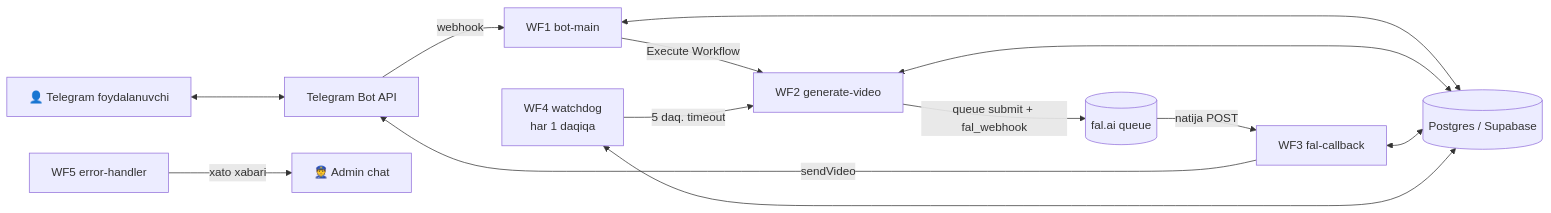
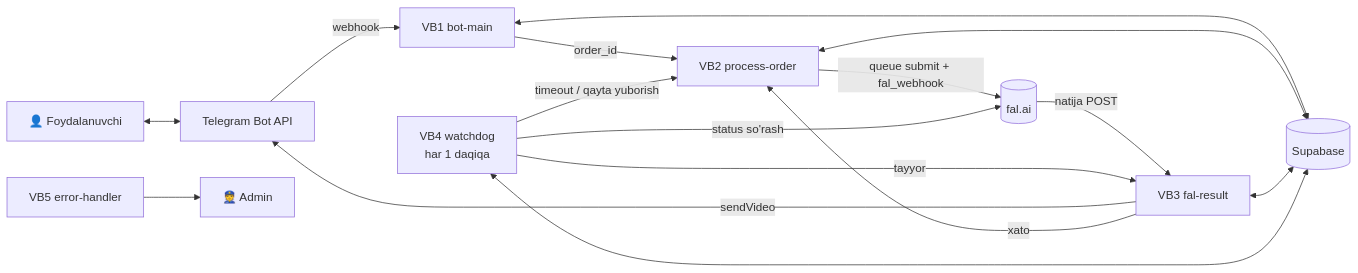
One commit to yil-2002/n8n-action changed the first of 2 diagrams in docs/01-mvp-workflow.md. Above: the diagram before and after it, drawn with Mermaid. The commit also changed other lines of this file and 20 other files, not shown here.

First line of the commit message:
Stage 1 MVP: n8n workflows, Supabase schema, bot texts, quick-tunnel deploy

````diff
--- a/docs/01-mvp-workflow.md
+++ b/docs/01-mvp-workflow.md
@@ -10,12 +12,15 @@
 ```mermaid
 flowchart LR
-    U[👤 Telegram foydalanuvchi] <--> TG[Telegram Bot API]
-    TG -->|webhook| WF1[WF1 bot-main]
-    WF1 -->|Execute Workflow| WF2[WF2 generate-video]
-    WF2 -->|queue submit + fal_webhook| FAL[(fal.ai queue)]
-    FAL -->|natija POST| WF3[WF3 fal-callback]
-    WF3 -->|sendVideo| TG
-    WF4[WF4 watchdog<br/>har 1 daqiqa] -->|5 daq. timeout| WF2
-    WF1 & WF2 & WF3 & WF4 <--> DB[(Postgres / Supabase)]
-    ERR[WF5 error-handler] -->|xato xabari| ADM[👮 Admin chat]
+    U[👤 Foydalanuvchi] <--> TG[Telegram Bot API]
+    TG -->|webhook| VB1[VB1 bot-main]
+    VB1 -->|order_id| VB2[VB2 process-order]
+    VB2 -->|queue submit + fal_webhook| FAL[(fal.ai)]
+    FAL -->|natija POST| VB3[VB3 fal-result]
+    VB3 -->|sendVideo| TG
+    VB3 -->|xato| VB2
+    VB4[VB4 watchdog<br/>har 1 daqiqa] -->|status so'rash| FAL
+    VB4 -->|tayyor| VB3
+    VB4 -->|timeout / qayta yuborish| VB2
+    VB1 & VB2 & VB3 & VB4 <--> DB[(Supabase)]
+    VB5[VB5 error-handler] --> ADM[👮 Admin]
 ```
````
